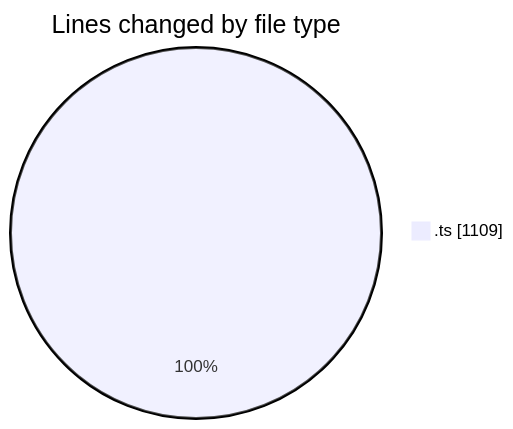
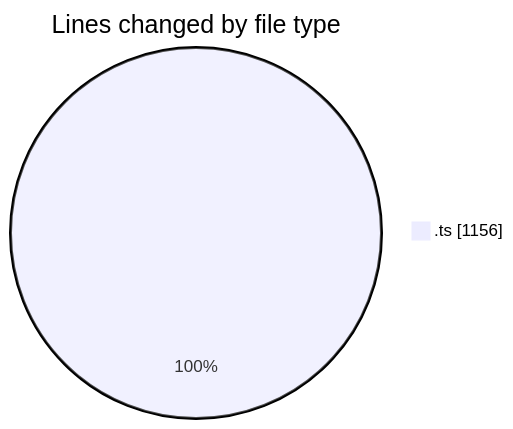
Before and after one commit to momahboobian/code-tracking: the first of 2 diagrams in 2025-06-26/cda/README.md, drawn with Mermaid. The commit also changed other lines of this file and 1 other file, not shown here.

````diff
--- a/2025-06-26/cda/README.md
+++ b/2025-06-26/cda/README.md
@@ -21,5 +21,5 @@
 ```mermaid
 pie showData
 title Lines changed by file type
-".ts" : 1109
+".ts" : 1156
 ```
````
